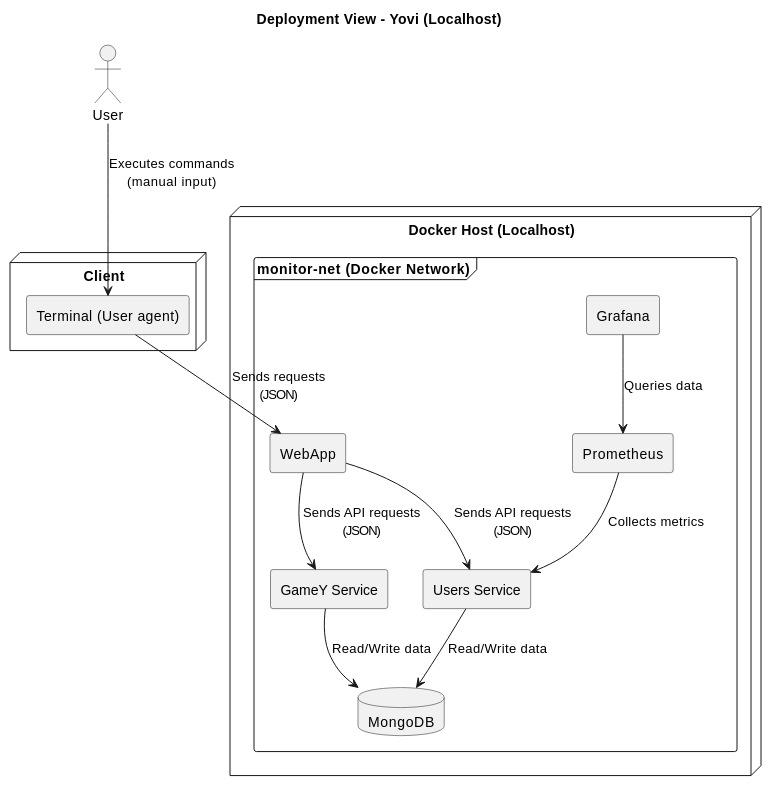
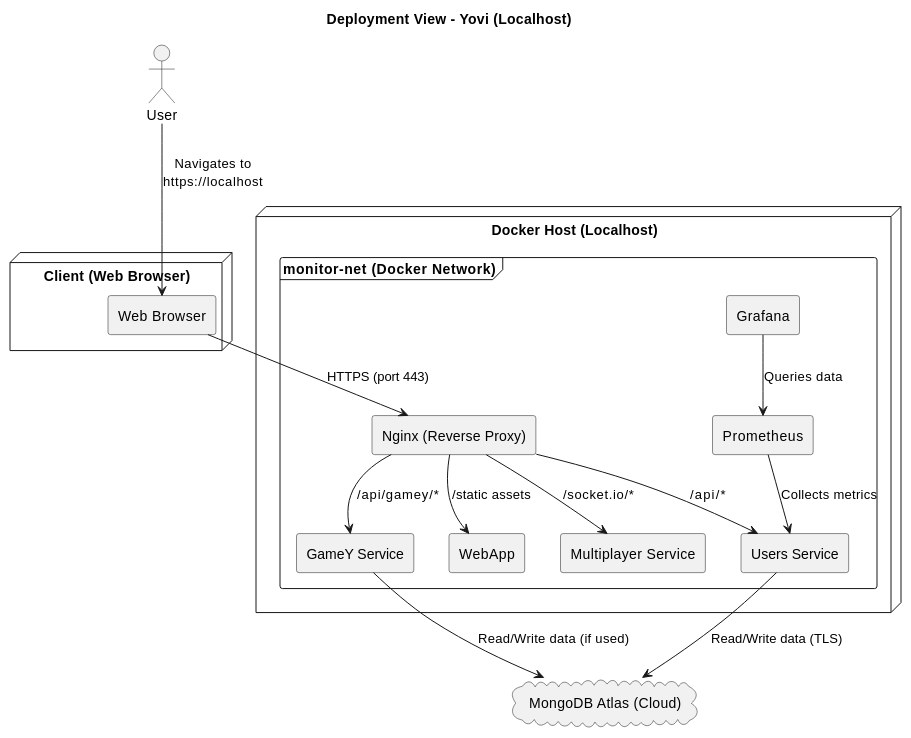
Before and after one commit to Arquisoft/yovi_es1a: the first of 5 diagrams in docs/src/07_deployment_view.adoc, drawn with PlantUML. The commit also changed other lines of this file and 2 other files, not shown here.

```diff
--- a/docs/src/07_deployment_view.adoc
+++ b/docs/src/07_deployment_view.adoc
@@ -63,38 +63,43 @@
 [plantuml]
 ----
 @startuml
 title Deployment View - Yovi (Localhost)
 
 skinparam shadowing false
 skinparam componentStyle rectangle
 
 actor User
 
-node "Client" as client {
-  [Terminal (User agent)] as terminal
+node "Client (Web Browser)" as client {
+  [Web Browser] as browser
 }
 
 node "Docker Host (Localhost)" as host {
   frame "monitor-net (Docker Network)" as net {
+    [Nginx (Reverse Proxy)] as nginx
     [WebApp] as webapp
     [Users Service] as users
     [GameY Service] as gamey
+    [Multiplayer Service] as multiplayer
     [Prometheus] as prom
     [Grafana] as graf
-    database "MongoDB" as mongo
   }
 }
 
-User --> terminal : Executes commands\n(manual input)
+cloud "MongoDB Atlas (Cloud)" as mongo
 
-terminal --> webapp : Sends requests\n(JSON)
-webapp --> users : Sends API requests\n(JSON)
-webapp --> gamey : Sends API requests\n(JSON)
+User --> browser : Navigates to\nhttps://localhost
 
-users --> mongo : Read/Write data
-gamey --> mongo : Read/Write data
+browser --> nginx : HTTPS (port 443)
+nginx --> webapp : /static assets
+nginx --> users : /api/*
+nginx --> gamey : /api/gamey/*
+nginx --> multiplayer : /socket.io/*
+
+users --> mongo : Read/Write data (TLS)
+gamey --> mongo : Read/Write data (if used)
 
 graf --> prom : Queries data
 prom --> users : Collects metrics
 @enduml
 ----
```
